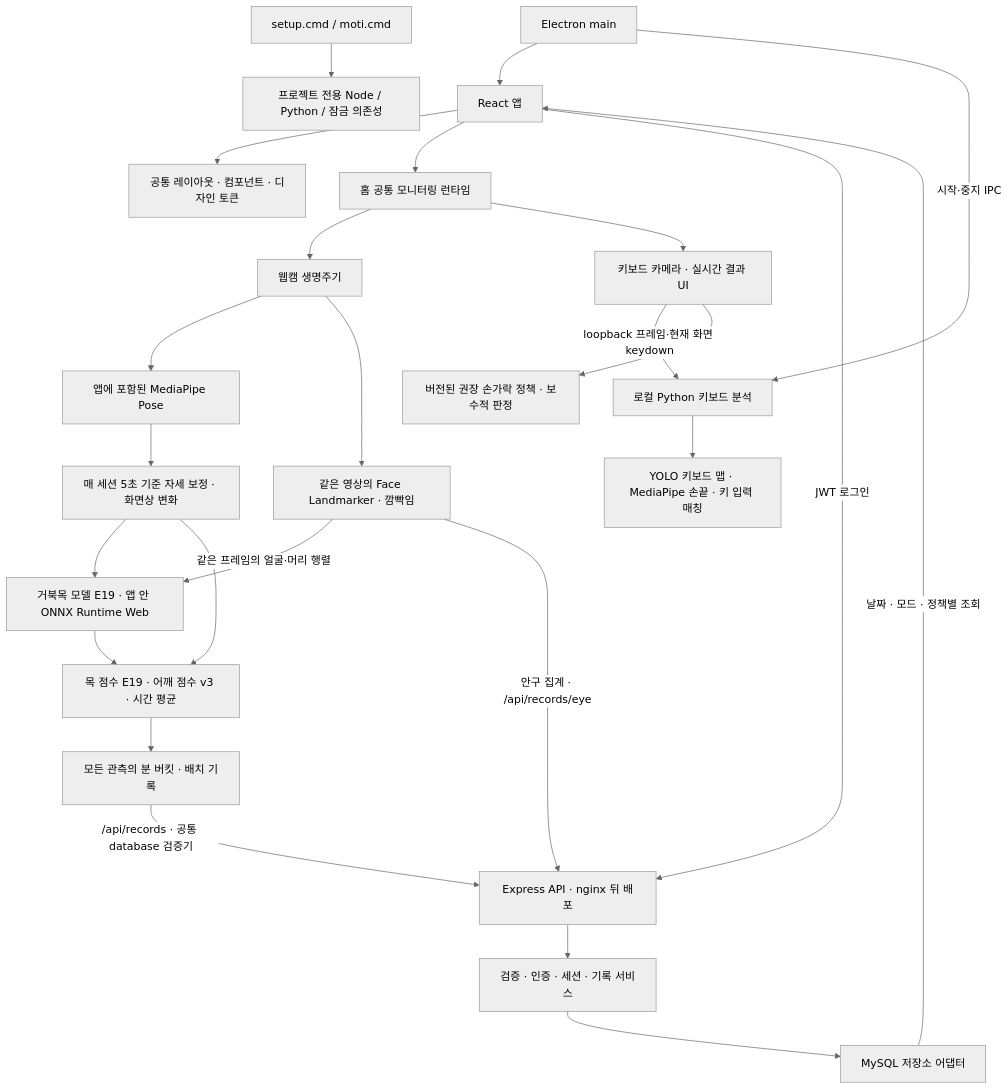
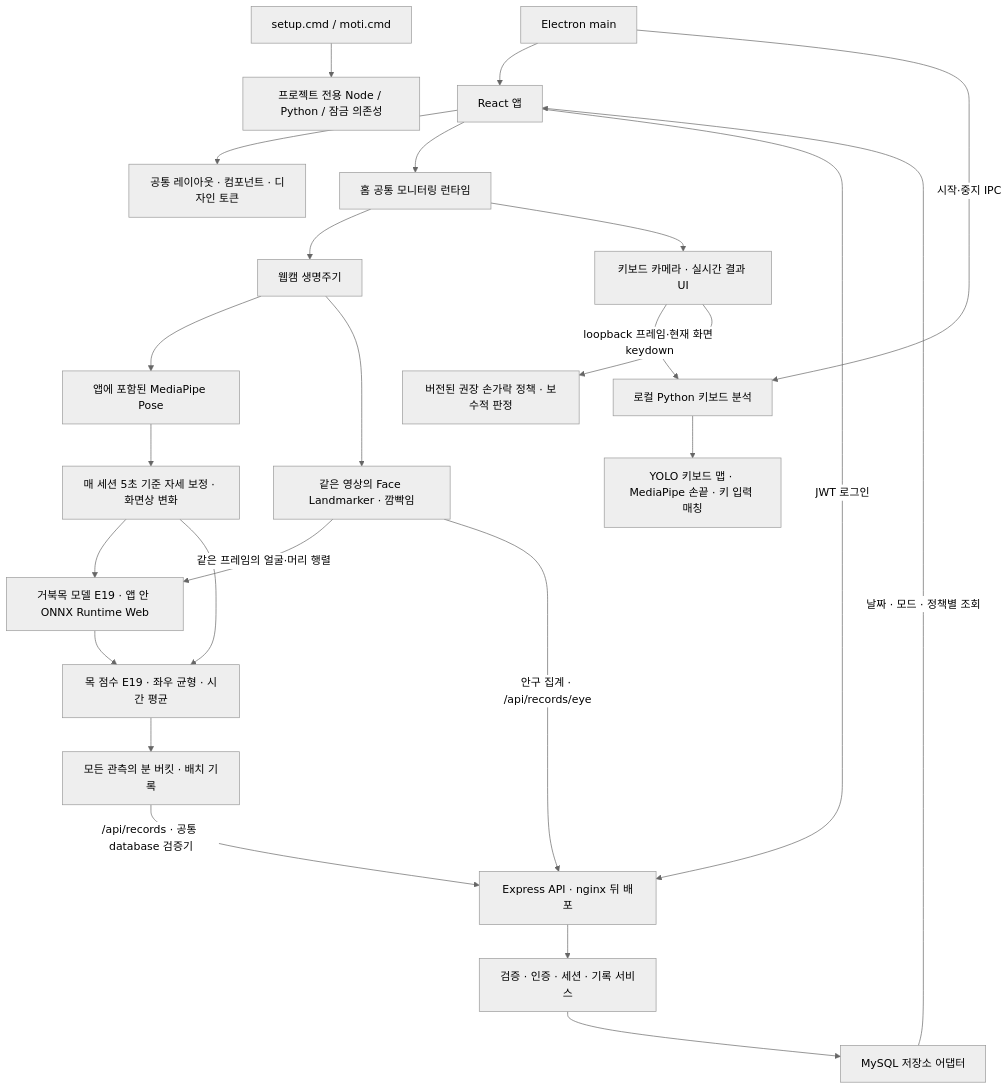
The diagram in docs/architecture.md (Attraaa/Graduation-Project), drawn with Mermaid (neutral theme) before and after one commit. The commit also changed other lines of this file and 83 other files, not shown here.

````diff
--- a/docs/architecture.md
+++ b/docs/architecture.md
@@ -7,27 +7,27 @@
 ```mermaid
 flowchart TD
   S[setup.cmd / moti.cmd] --> T[프로젝트 전용 Node / Python / 잠금 의존성]
   E[Electron main] --> R[React 앱]
   E -->|시작·중지 IPC| K[로컬 Python 키보드 분석]
   R --> UI[공통 레이아웃 · 컴포넌트 · 디자인 토큰]
   R --> M[홈 공통 모니터링 런타임]
   M --> W[웹캠 생명주기]
   W --> P[앱에 포함된 MediaPipe Pose]
   W --> EYE[같은 영상의 Face Landmarker · 깜빡임]
   P --> C[매 세션 5초 기준 자세 보정 · 화면상 변화]
   EYE -->|같은 프레임의 얼굴·머리 행렬| NM[거북목 모델 E19 · 앱 안 ONNX Runtime Web]
   C --> NM
-  NM --> V1[목 점수 E19 · 어깨 점수 v3 · 시간 평균]
+  NM --> V1[목 점수 E19 · 좌우 균형 · 시간 평균]
   C --> V1
   R -->|JWT 로그인| A[Express API · nginx 뒤 배포]
   V1 --> REC[모든 관측의 분 버킷 · 배치 기록]
   REC -->|/api/records · 공통 database 검증기| A
   EYE -->|안구 집계 · /api/records/eye| A
   A --> V[검증 · 인증 · 세션 · 기록 서비스]
   V --> DB[MySQL 저장소 어댑터]
   DB -->|날짜 · 모드 · 정책별 조회| R
   M --> KM[키보드 카메라 · 실시간 결과 UI]
   KM -->|loopback 프레임·현재 화면 keydown| K
   K --> F[YOLO 키보드 맵 · MediaPipe 손끝 · 키 입력 매칭]
   KM --> FP[버전된 권장 손가락 정책 · 보수적 판정]
 ```
````
